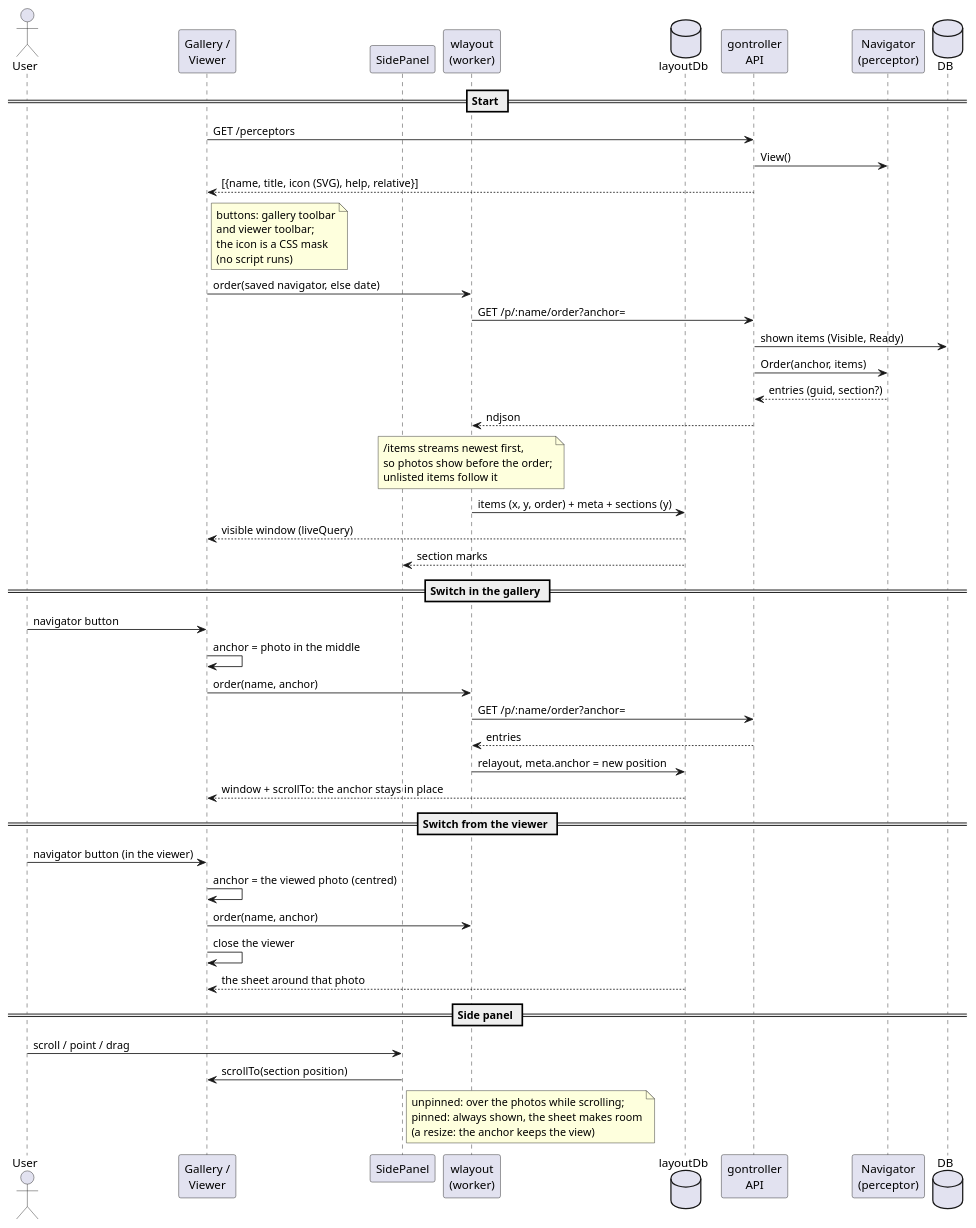
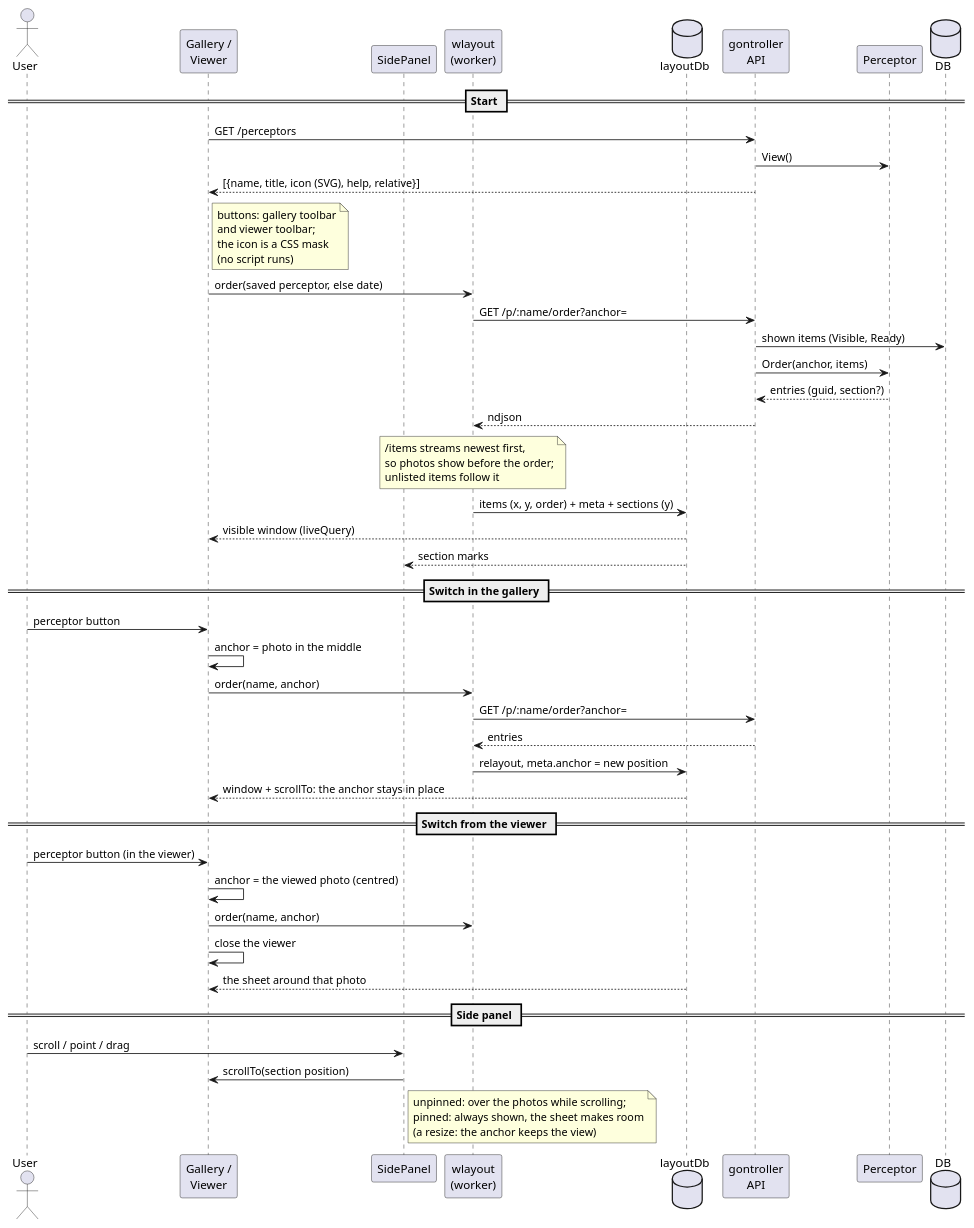
The diagram in _sb/puml/Perceptors.puml (eggs-gd/Perceptrail), drawn with PlantUML before and after one commit. The commit also changed 42 other files, not shown here.

First line of the commit message:
perceptors: navigation is part of the base Perceptor, not a kind of it

```diff
--- a/_sb/puml/Perceptors.puml
+++ b/_sb/puml/Perceptors.puml
@@ -1,51 +1,51 @@
 @startuml Perceptors navigation
-' Navigators: perceptors that give the endless sheet its order. The server orders,
+' Every perceptor is a view of the endless sheet: its order. The server orders,
 ' the client lays out (the layout depends on the window width). Sections ride in the
 ' order stream; the side panel places them by the layout.
 
 actor User
 participant "Gallery /\nViewer" as Page
 participant "SidePanel" as Panel
 participant "wlayout\n(worker)" as Layout
 database "layoutDb" as LDB
 participant "gontroller\nAPI" as API
-participant "Navigator\n(perceptor)" as Nav
+participant "Perceptor" as Nav
 database "DB" as DB
 
 == Start ==
 Page -> API: GET /perceptors
 API -> Nav: View()
 API --> Page: [{name, title, icon (SVG), help, relative}]
 note right of Page: buttons: gallery toolbar\nand viewer toolbar;\nthe icon is a CSS mask\n(no script runs)
-Page -> Layout: order(saved navigator, else date)
+Page -> Layout: order(saved perceptor, else date)
 Layout -> API: GET /p/:name/order?anchor=
 API -> DB: shown items (Visible, Ready)
 API -> Nav: Order(anchor, items)
 Nav --> API: entries (guid, section?)
 API --> Layout: ndjson
 note over Layout: /items streams newest first,\nso photos show before the order;\nunlisted items follow it
 Layout -> LDB: items (x, y, order) + meta + sections (y)
 LDB --> Page: visible window (liveQuery)
 LDB --> Panel: section marks
 
 == Switch in the gallery ==
-User -> Page: navigator button
+User -> Page: perceptor button
 Page -> Page: anchor = photo in the middle
 Page -> Layout: order(name, anchor)
 Layout -> API: GET /p/:name/order?anchor=
 API --> Layout: entries
 Layout -> LDB: relayout, meta.anchor = new position
 LDB --> Page: window + scrollTo: the anchor stays in place
 
 == Switch from the viewer ==
-User -> Page: navigator button (in the viewer)
+User -> Page: perceptor button (in the viewer)
 Page -> Page: anchor = the viewed photo (centred)
 Page -> Layout: order(name, anchor)
 Page -> Page: close the viewer
 LDB --> Page: the sheet around that photo
 
 == Side panel ==
 User -> Panel: scroll / point / drag
 Panel -> Page: scrollTo(section position)
 note right of Panel: unpinned: over the photos while scrolling;\npinned: always shown, the sheet makes room\n(a resize: the anchor keeps the view)
 @enduml
```
